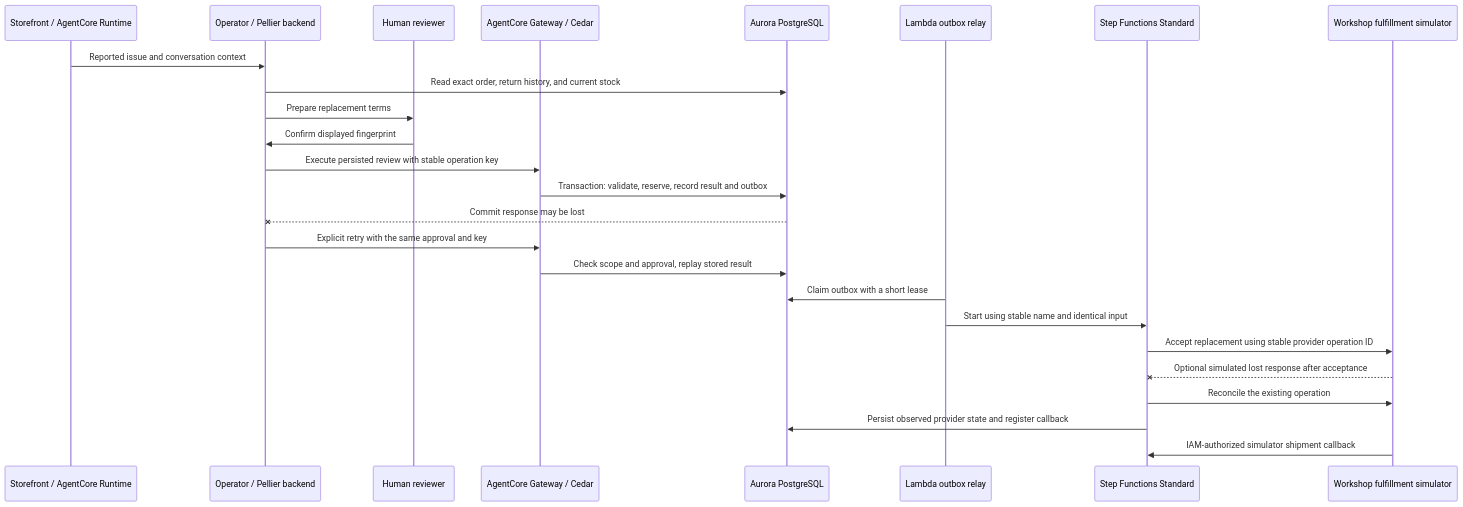
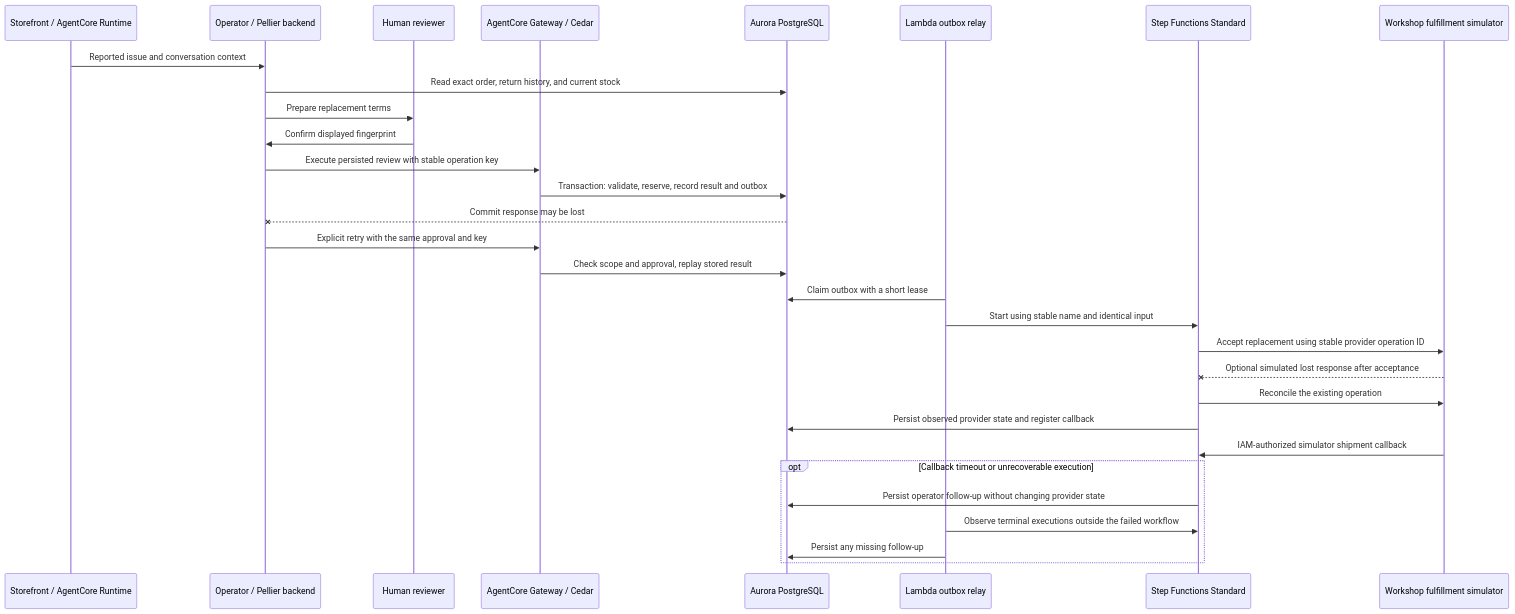
One commit to aws-samples/sample-pellier-agentic-search-apg changed the diagram in scripts/deploy/REPLACEMENT_RECOVERY.md. Above: the diagram before and after it, drawn with Mermaid. The commit also changed other lines of this file and 103 other files, not shown here.

````diff
--- a/scripts/deploy/REPLACEMENT_RECOVERY.md
+++ b/scripts/deploy/REPLACEMENT_RECOVERY.md
@@ -37,27 +68,32 @@
 ```mermaid
 sequenceDiagram
     participant Shopper as Storefront / AgentCore Runtime
     participant Desk as Operator / Pellier backend
     participant Human as Human reviewer
     participant Gateway as AgentCore Gateway / Cedar
     participant DB as Aurora PostgreSQL
     participant Relay as Lambda outbox relay
     participant Flow as Step Functions Standard
     participant Provider as Workshop fulfillment simulator
     Shopper->>Desk: Reported issue and conversation context
     Desk->>DB: Read exact order, return history, and current stock
     Desk->>Human: Prepare replacement terms
     Human->>Desk: Confirm displayed fingerprint
     Desk->>Gateway: Execute persisted review with stable operation key
     Gateway->>DB: Transaction: validate, reserve, record result and outbox
     DB--xDesk: Commit response may be lost
     Desk->>Gateway: Explicit retry with the same approval and key
     Gateway->>DB: Check scope and approval, replay stored result
     Relay->>DB: Claim outbox with a short lease
     Relay->>Flow: Start using stable name and identical input
     Flow->>Provider: Accept replacement using stable provider operation ID
     Provider--xFlow: Optional simulated lost response after acceptance
     Flow->>Provider: Reconcile the existing operation
     Flow->>DB: Persist observed provider state and register callback
     Provider->>Flow: IAM-authorized simulator shipment callback
+    opt Callback timeout or unrecoverable execution
+        Flow->>DB: Persist operator follow-up without changing provider state
+        Relay->>Flow: Observe terminal executions outside the failed workflow
+        Relay->>DB: Persist any missing follow-up
+    end
 ```
````
